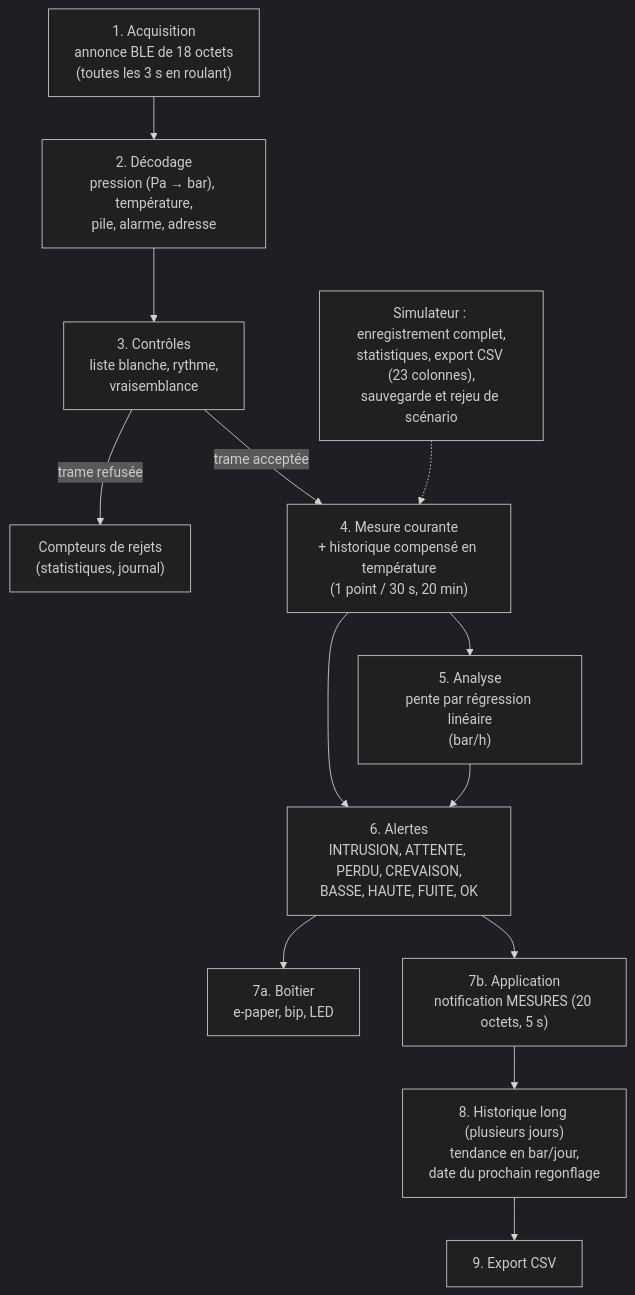
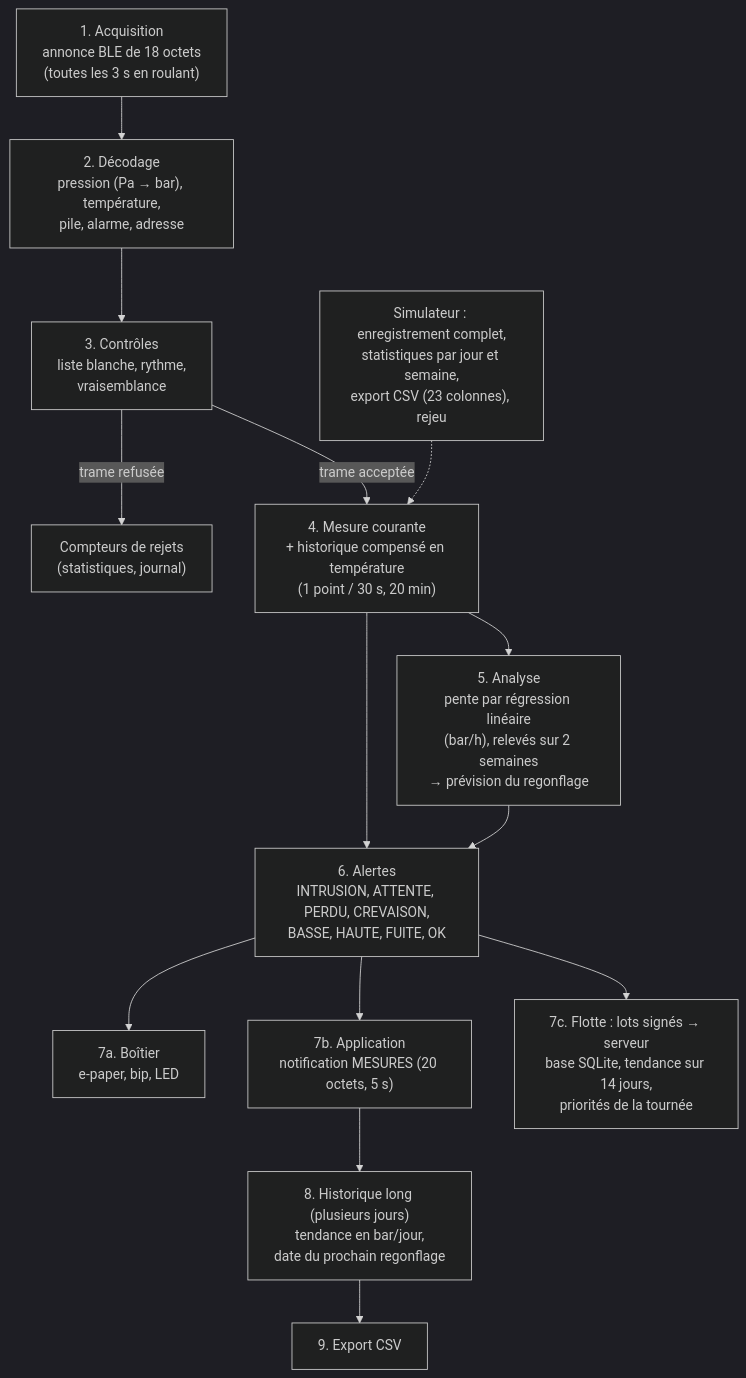
The third of 3 diagrams in docs/rapport-e6.md (titilyonnais/tpms-velo), drawn with Mermaid (dark theme) before and after one commit. The commit also changed other lines of this file and 1 other file, not shown here.

First line of the commit message:
Rapport E6 : lots 1 à 5

````diff
--- a/docs/rapport-e6.md
+++ b/docs/rapport-e6.md
@@ -493,15 +553,16 @@
 ```mermaid
 flowchart TB
     A["1. Acquisition<br/>annonce BLE de 18 octets<br/>(toutes les 3 s en roulant)"] --> B["2. Décodage<br/>pression (Pa → bar), température,<br/>pile, alarme, adresse"]
     B --> C["3. Contrôles<br/>liste blanche, rythme,<br/>vraisemblance"]
     C -- "trame refusée" --> R["Compteurs de rejets<br/>(statistiques, journal)"]
     C -- "trame acceptée" --> D["4. Mesure courante<br/>+ historique compensé en température<br/>(1 point / 30 s, 20 min)"]
-    D --> E["5. Analyse<br/>pente par régression linéaire<br/>(bar/h)"]
+    D --> E["5. Analyse<br/>pente par régression linéaire<br/>(bar/h), relevés sur 2 semaines<br/>→ prévision du regonflage"]
     D --> F["6. Alertes<br/>INTRUSION, ATTENTE, PERDU, CREVAISON,<br/>BASSE, HAUTE, FUITE, OK"]
     E --> F
     F --> G["7a. Boîtier<br/>e-paper, bip, LED"]
     F --> H["7b. Application<br/>notification MESURES (20 octets, 5 s)"]
     H --> I["8. Historique long (plusieurs jours)<br/>tendance en bar/jour,<br/>date du prochain regonflage"]
     I --> J["9. Export CSV"]
-    S["Simulateur : enregistrement complet,<br/>statistiques, export CSV (23 colonnes),<br/>sauvegarde et rejeu de scénario"] -.-> D
+    F --> K["7c. Flotte : lots signés → serveur<br/>base SQLite, tendance sur 14 jours,<br/>priorités de la tournée"]
+    S["Simulateur : enregistrement complet,<br/>statistiques par jour et semaine,<br/>export CSV (23 colonnes), rejeu"] -.-> D
 ```
````
